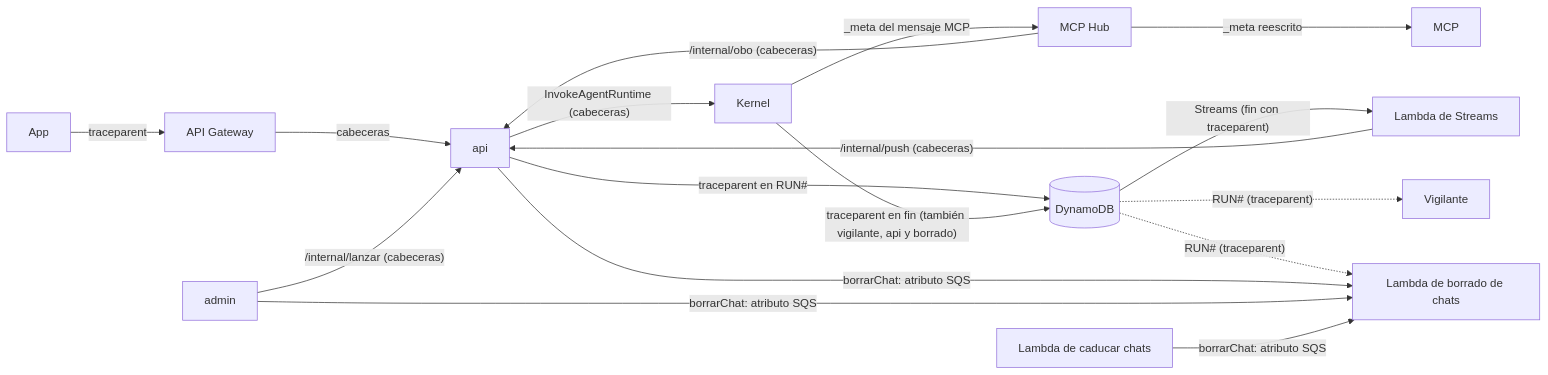
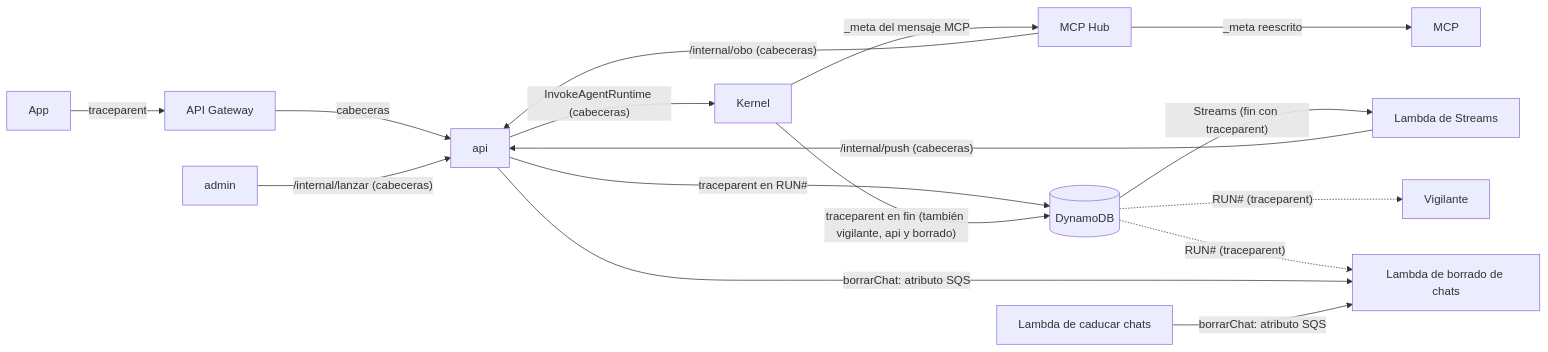
Before and after one commit to ikermendi/sample-agent-platform-with-agentcore: the tenth of 10 diagrams in docs/arquitectura-agentes.md, drawn with Mermaid. The commit also changed other lines of this file and 1 other file, not shown here.

````diff
--- a/docs/arquitectura-agentes.md
+++ b/docs/arquitectura-agentes.md
@@ -1398,18 +1396,17 @@
 ```mermaid
 flowchart LR
   App -- "traceparent" --> GW[API Gateway]
   GW -- cabeceras --> API[api]
   API -- "InvokeAgentRuntime (cabeceras)" --> K[Kernel]
   K -- "_meta del mensaje MCP" --> H[MCP Hub] -- "_meta reescrito" --> M[MCP]
   API -- "traceparent en RUN#" --> D[(DynamoDB)]
   K -- "traceparent en fin (también vigilante, api y borrado)" --> D
   D -- "Streams (fin con traceparent)" --> S[Lambda de Streams]
   S -- "/internal/push (cabeceras)" --> API
   D -. "RUN# (traceparent)" .-> V[Vigilante]
   D -. "RUN# (traceparent)" .-> B
   H -- "/internal/obo (cabeceras)" --> API
   Adm[admin] -- "/internal/lanzar (cabeceras)" --> API
   API -- "borrarChat: atributo SQS" --> B[Lambda de borrado de chats]
-  Adm -- "borrarChat: atributo SQS" --> B
   CC[Lambda de caducar chats] -- "borrarChat: atributo SQS" --> B
 ```
````
